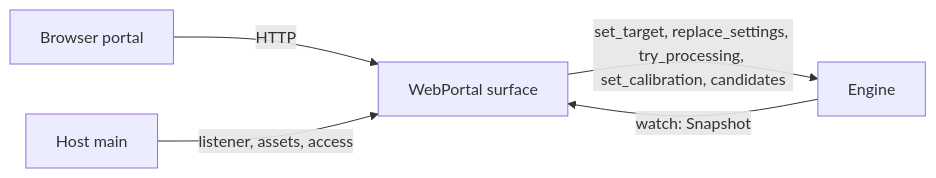
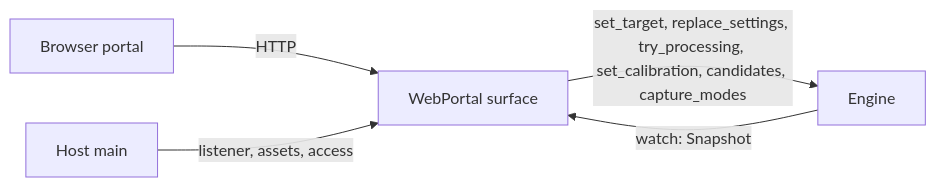
Before and after one commit to ericschaal/prysm: the diagram in surfaces/web-portal/HTTP-CONTRACT.md, drawn with Mermaid. The commit also changed other lines of this file and 65 other files, not shown here.

````diff
--- a/surfaces/web-portal/HTTP-CONTRACT.md
+++ b/surfaces/web-portal/HTTP-CONTRACT.md
@@ -10,7 +10,7 @@
 ```mermaid
 flowchart LR
     Browser[Browser portal] -->|HTTP| Portal[WebPortal surface]
-    Portal -->|set_target, replace_settings, try_processing, set_calibration, candidates| Engine
+    Portal -->|set_target, replace_settings, try_processing, set_calibration, candidates, capture_modes| Engine
     Engine -->|watch: Snapshot| Portal
     Host[Host main] -->|listener, assets, access| Portal
 ```
````
